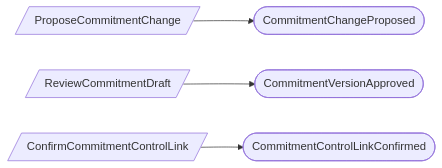
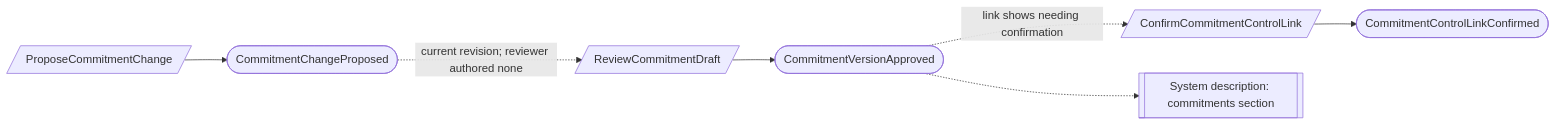
Before and after one commit to bdgrz/compliance-core: the third of 3 diagrams in docs/proposed/contexts/commitments.md, drawn with Mermaid. The commit also changed other lines of this file and 310 other files, not shown here.

````diff
--- a/docs/proposed/contexts/commitments.md
+++ b/docs/proposed/contexts/commitments.md
@@ -137,6 +149,7 @@
 ```mermaid
 flowchart LR
     C1[/ProposeCommitmentChange/] --> E1([CommitmentChangeProposed])
-    C2[/ReviewCommitmentDraft/] --> E2([CommitmentVersionApproved])
-    C3[/ConfirmCommitmentControlLink/] --> E3([CommitmentControlLinkConfirmed])
+    E1 -. "current revision; reviewer authored none" .-> C2[/ReviewCommitmentDraft/] --> E2([CommitmentVersionApproved])
+    E2 -. "link shows needing confirmation" .-> C3[/ConfirmCommitmentControlLink/] --> E3([CommitmentControlLinkConfirmed])
+    E2 -.-> X1[[System description: commitments section]]
 ```
````
